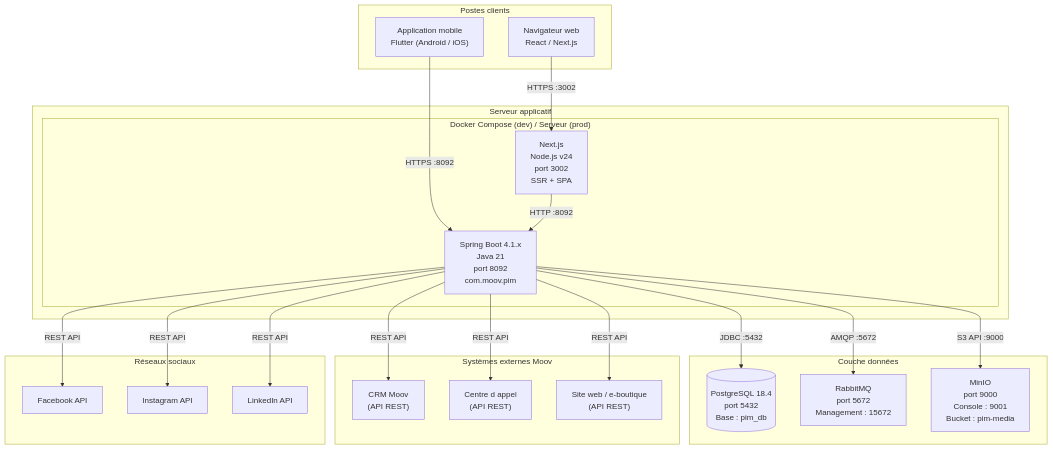
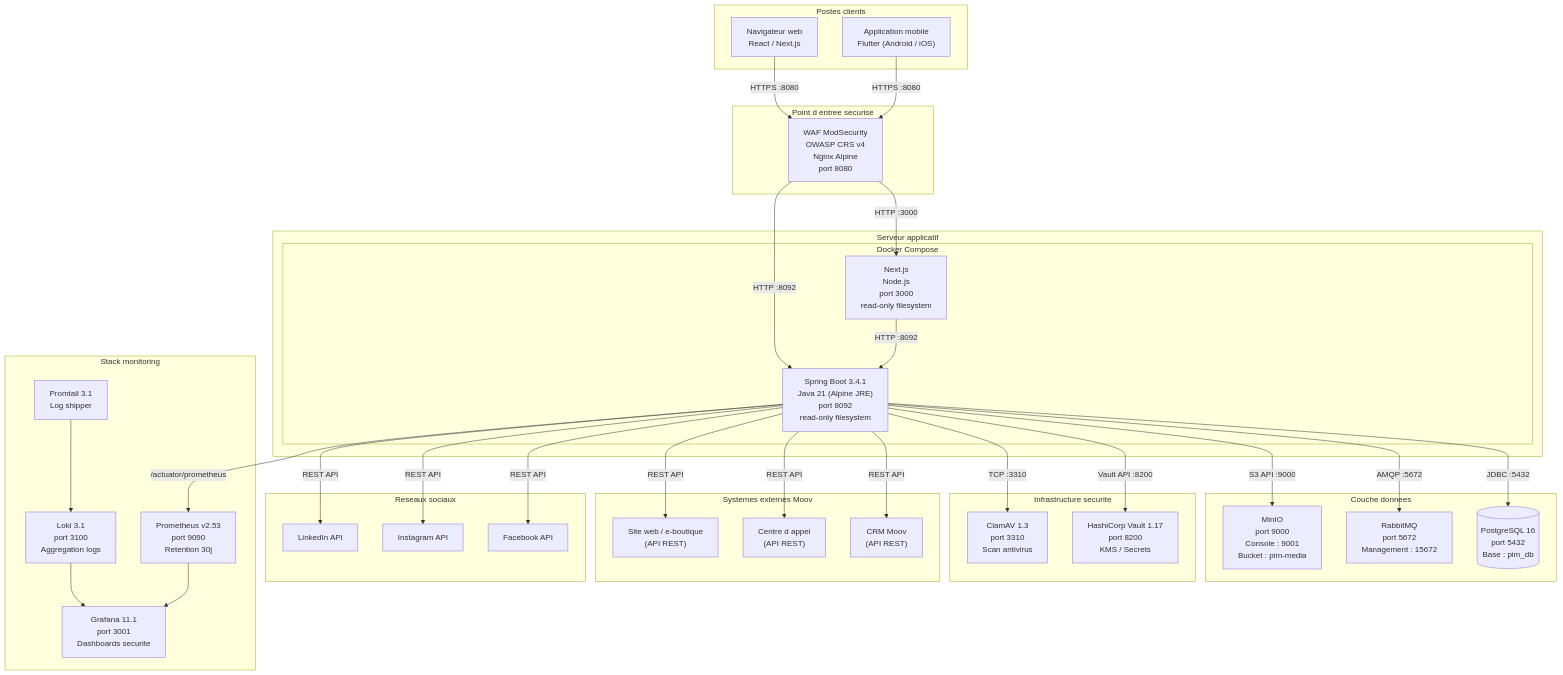
One commit to alpha65-web/-Moov-africa changed the first of 4 diagrams in uml/diagramme-deploiement.md. Above: the diagram before and after it, drawn with Mermaid. The commit also changed other lines of this file and 4 other files, not shown here.

First line of the commit message:
docs(uml): update 5 UML diagrams to reflect security audit controls

````diff
--- a/uml/diagramme-deploiement.md
+++ b/uml/diagramme-deploiement.md
@@ -10,48 +12,73 @@
 ```mermaid
 graph TB
     subgraph clients["Postes clients"]
         BROWSER["Navigateur web<br/>React / Next.js"]
         SMARTPHONE["Application mobile<br/>Flutter (Android / iOS)"]
     end
 
+    subgraph waf_layer["Point d entree securise"]
+        WAF["WAF ModSecurity<br/>OWASP CRS v4<br/>Nginx Alpine<br/>port 8080"]
+    end
+
     subgraph server["Serveur applicatif"]
-        subgraph docker["Docker Compose (dev) / Serveur (prod)"]
-            SPRING["Spring Boot 4.1.x<br/>Java 21<br/>port 8092<br/>com.moov.pim"]
-            NEXT["Next.js<br/>Node.js v24<br/>port 3002<br/>SSR + SPA"]
+        subgraph docker["Docker Compose"]
+            SPRING["Spring Boot 3.4.1<br/>Java 21 (Alpine JRE)<br/>port 8092<br/>read-only filesystem"]
+            NEXT["Next.js<br/>Node.js<br/>port 3000<br/>read-only filesystem"]
         end
     end
 
-    subgraph data["Couche données"]
-        PG[("PostgreSQL 18.4<br/>port 5432<br/>Base : pim_db")]
+    subgraph data["Couche donnees"]
+        PG[("PostgreSQL 16<br/>port 5432<br/>Base : pim_db")]
         RABBIT["RabbitMQ<br/>port 5672<br/>Management : 15672"]
         MINIO["MinIO<br/>port 9000<br/>Console : 9001<br/>Bucket : pim-media"]
     end
 
-    subgraph external["Systèmes externes Moov"]
+    subgraph security_infra["Infrastructure securite"]
+        VAULT["HashiCorp Vault 1.17<br/>port 8200<br/>KMS / Secrets"]
+        CLAMAV["ClamAV 1.3<br/>port 3310<br/>Scan antivirus"]
+    end
+
+    subgraph monitoring_infra["Stack monitoring"]
+        PROM["Prometheus v2.53<br/>port 9090<br/>Retention 30j"]
+        GRAFANA["Grafana 11.1<br/>port 3001<br/>Dashboards securite"]
+        LOKI["Loki 3.1<br/>port 3100<br/>Aggregation logs"]
+        PROMTAIL["Promtail 3.1<br/>Log shipper"]
+    end
+
+    subgraph external["Systemes externes Moov"]
         CRM["CRM Moov<br/>(API REST)"]
         CALLCENTER["Centre d appel<br/>(API REST)"]
         WEBSITE["Site web / e-boutique<br/>(API REST)"]
     end
 
-    subgraph social["Réseaux sociaux"]
+    subgraph social["Reseaux sociaux"]
         FB["Facebook API"]
         IG["Instagram API"]
         LI["LinkedIn API"]
     end
 
-    BROWSER -->|HTTPS :3002| NEXT
-    SMARTPHONE -->|HTTPS :8092| SPRING
+    BROWSER -->|HTTPS :8080| WAF
+    SMARTPHONE -->|HTTPS :8080| WAF
+    WAF -->|HTTP :3000| NEXT
+    WAF -->|HTTP :8092| SPRING
     NEXT -->|HTTP :8092| SPRING
 
     SPRING -->|JDBC :5432| PG
     SPRING -->|AMQP :5672| RABBIT
     SPRING -->|S3 API :9000| MINIO
+    SPRING -->|Vault API :8200| VAULT
+    SPRING -->|TCP :3310| CLAMAV
 
     SPRING -->|REST API| CRM
     SPRING -->|REST API| CALLCENTER
     SPRING -->|REST API| WEBSITE
 
     SPRING -->|REST API| FB
     SPRING -->|REST API| IG
     SPRING -->|REST API| LI
+
+    SPRING -->|/actuator/prometheus| PROM
+    PROM --> GRAFANA
+    PROMTAIL --> LOKI
+    LOKI --> GRAFANA
 ```
````
